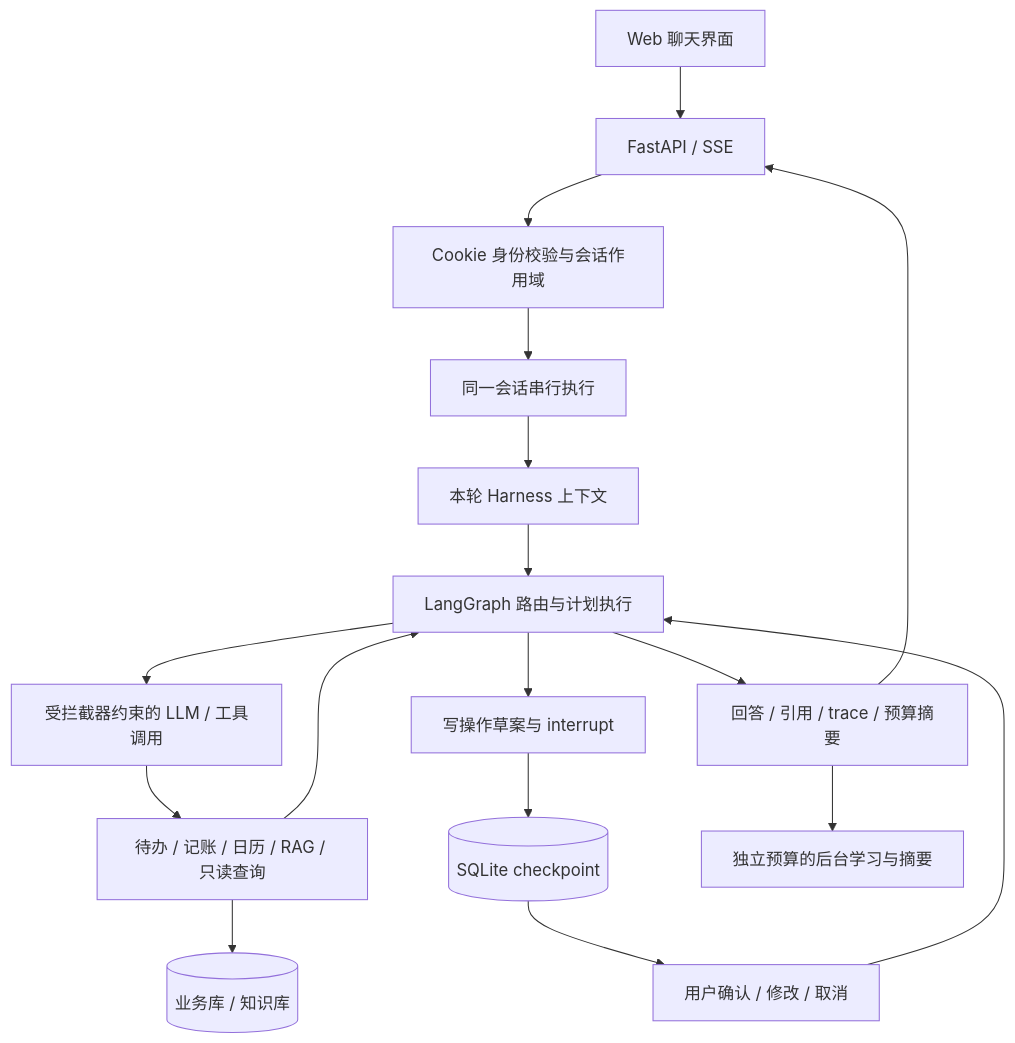
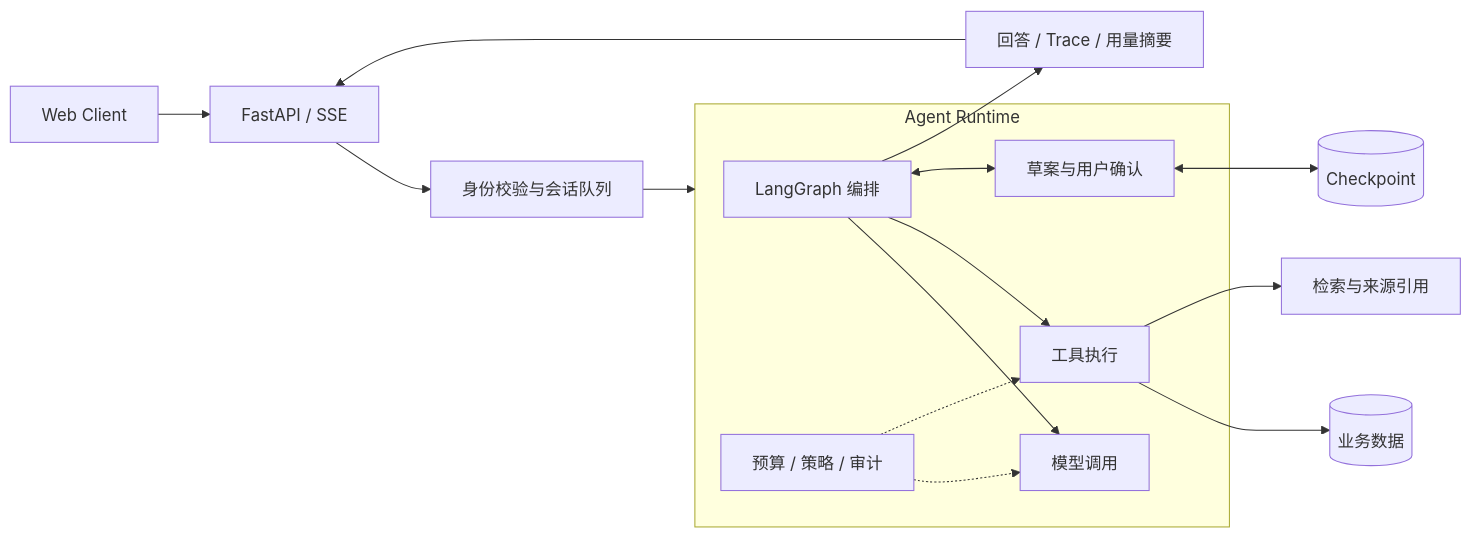
Before and after one commit to wt4580/LifeOps-Agent: the diagram in README.md, drawn with Mermaid. The commit also changed other lines of this file, not shown here.

````diff
--- a/README.md
+++ b/README.md
@@ -63,19 +36,20 @@
 ```mermaid
-flowchart TD
-    UI[Web 聊天界面] --> API[FastAPI / SSE]
-    API --> Auth[Cookie 身份校验与会话作用域]
-    Auth --> Queue[同一会话串行执行]
-    Queue --> Turn[本轮 Harness 上下文]
-    Turn --> Graph[LangGraph 路由与计划执行]
-    Graph --> Calls[受拦截器约束的 LLM / 工具调用]
-    Calls --> Tools[待办 / 记账 / 日历 / RAG / 只读查询]
-    Tools --> Graph
-    Graph --> HITL[写操作草案与 interrupt]
-    HITL --> Checkpoint[(SQLite checkpoint)]
-    Checkpoint --> Resume[用户确认 / 修改 / 取消]
-    Resume --> Graph
-    Graph --> Result[回答 / 引用 / trace / 预算摘要]
+flowchart LR
+    Web[Web Client] --> API[FastAPI / SSE]
+    API --> Auth[身份校验与会话队列]
+    Auth --> Runtime
+
+    subgraph Runtime[Agent Runtime]
+        Graph[LangGraph 编排] --> LLM[模型调用]
+        Graph --> Tools[工具执行]
+        Graph <--> HITL[草案与用户确认]
+        Harness[预算 / 策略 / 审计] -.-> LLM
+        Harness -.-> Tools
+    end
+
+    HITL <--> CP[(Checkpoint)]
+    Tools --> DB[(业务数据)]
+    Tools --> RAG[检索与来源引用]
+    Graph --> Result[回答 / Trace / 用量摘要]
     Result --> API
-    Result --> Background[独立预算的后台学习与摘要]
-    Tools --> Data[(业务库 / 知识库)]
 ```
````
